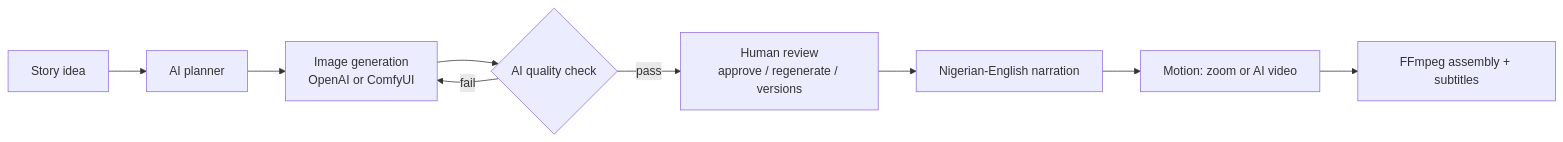
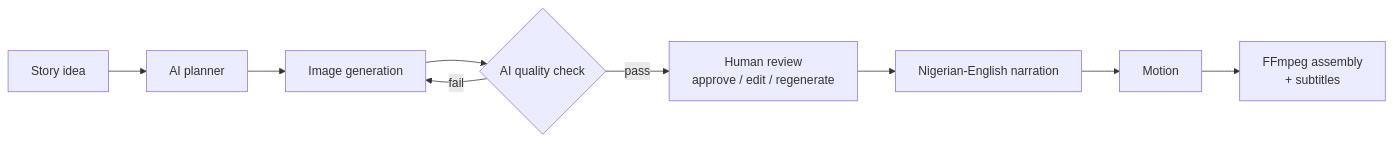
The diagram in README.md (Jaycobson/ai-storyboard-video-generator), drawn with Mermaid before and after one commit. The commit also changed other lines of this file, not shown here.

````diff
--- a/README.md
+++ b/README.md
@@ -6,11 +30,11 @@
 ```mermaid
 flowchart LR
   A[Story idea] --> B[AI planner]
-  B --> C[Image generation<br/>OpenAI or ComfyUI]
+  B --> C[Image generation]
   C --> D{AI quality check}
   D -- fail --> C
-  D -- pass --> E[Human review<br/>approve / regenerate / versions]
+  D -- pass --> E[Human review<br/>approve / edit / regenerate]
   E --> F[Nigerian-English narration]
-  F --> G[Motion: zoom or AI video]
-  G --> H[FFmpeg assembly + subtitles]
+  F --> G[Motion]
+  G --> H[FFmpeg assembly<br/>+ subtitles]
 ```
````
